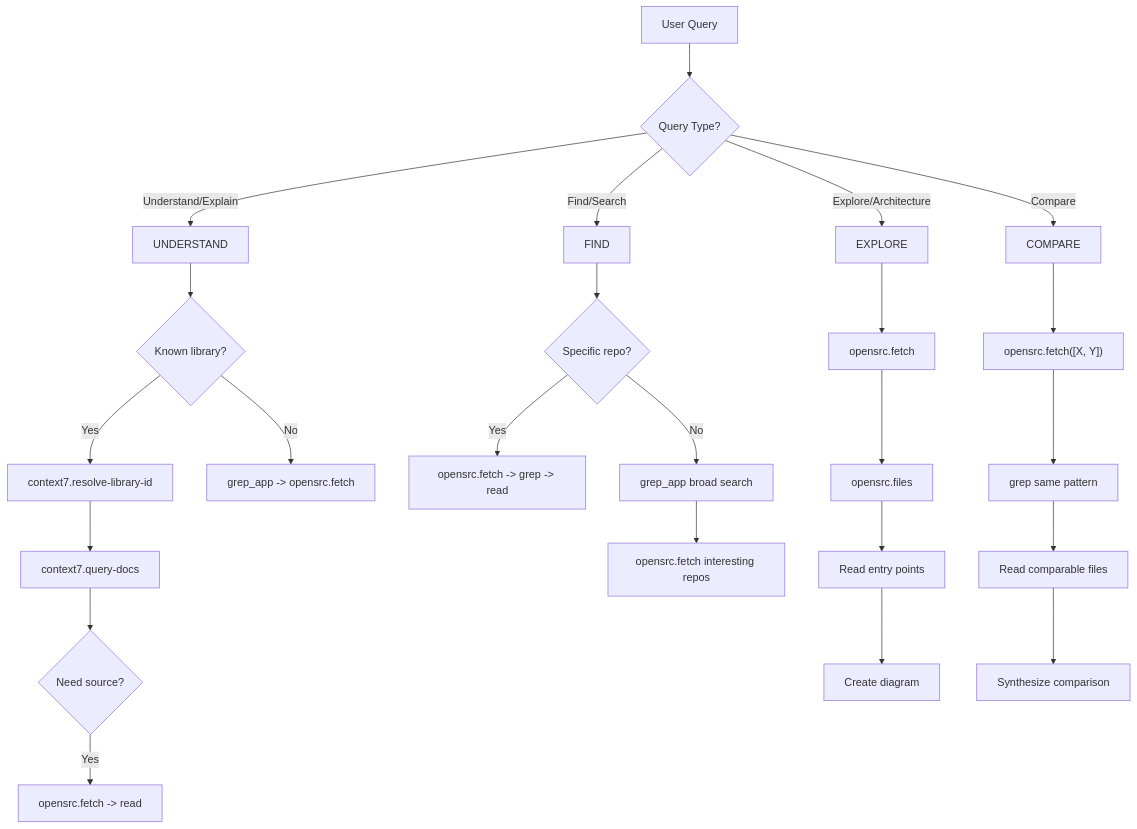
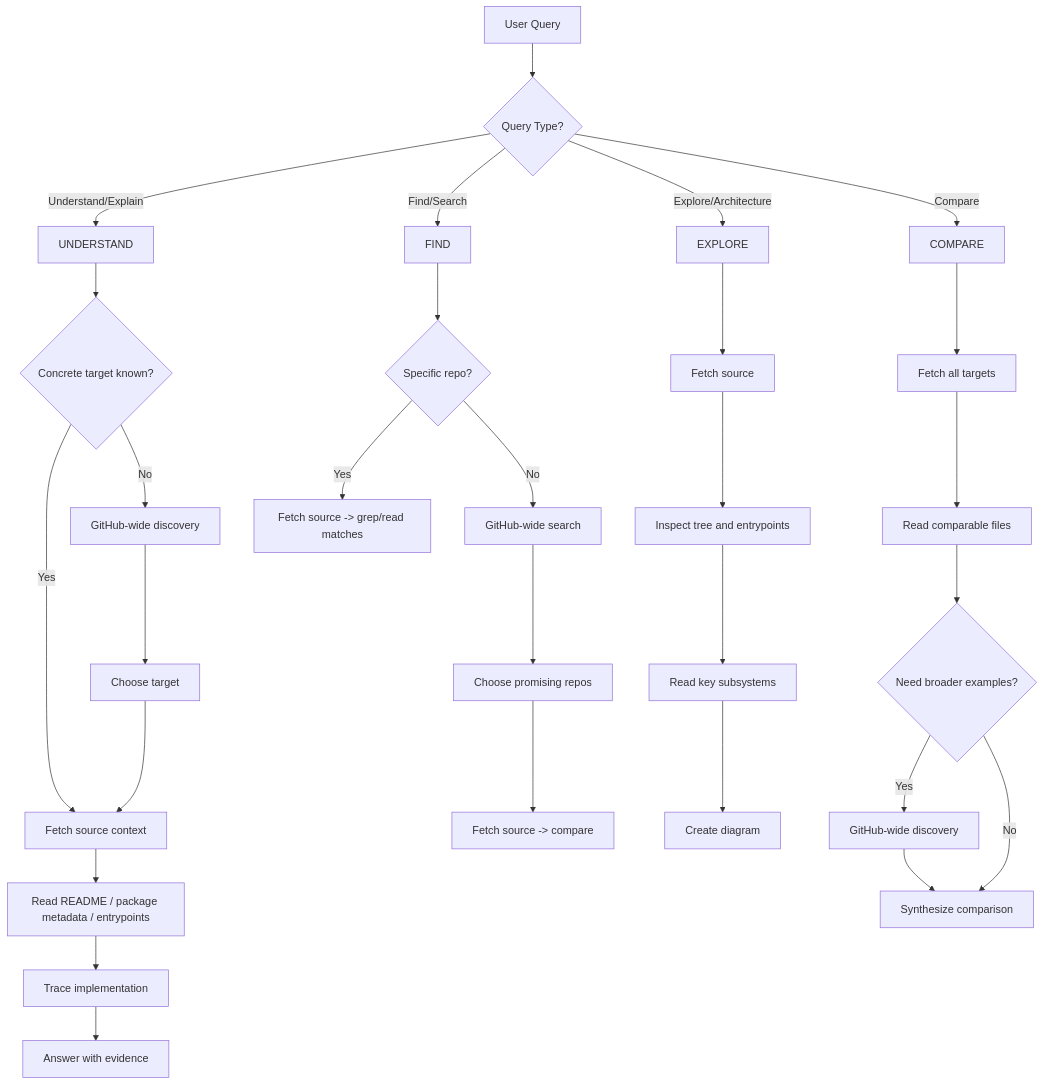
One commit to mukealicious/dotfiles changed the diagram in ai/skills/librarian/references/tool-routing.md. Above: the diagram before and after it, drawn with Mermaid. The commit also changed other lines of this file and 6 other files, not shown here.

````diff
--- a/ai/skills/librarian/references/tool-routing.md
+++ b/ai/skills/librarian/references/tool-routing.md
@@ -5,30 +17,35 @@
 ```mermaid
 graph TD
     Q[User Query] --> T{Query Type?}
     T -->|Understand/Explain| U[UNDERSTAND]
     T -->|Find/Search| F[FIND]
     T -->|Explore/Architecture| E[EXPLORE]
     T -->|Compare| C[COMPARE]
 
-    U --> U1{Known library?}
-    U1 -->|Yes| U2[context7.resolve-library-id]
-    U2 --> U3[context7.query-docs]
-    U3 --> U4{Need source?}
-    U4 -->|Yes| U5[opensrc.fetch -> read]
-    U1 -->|No| U6[grep_app -> opensrc.fetch]
+    U --> U1{Concrete target known?}
+    U1 -->|Yes| U2[Fetch source context]
+    U2 --> U3[Read README / package metadata / entrypoints]
+    U3 --> U4[Trace implementation]
+    U4 --> U5[Answer with evidence]
+    U1 -->|No| U6[GitHub-wide discovery]
+    U6 --> U7[Choose target]
+    U7 --> U2
 
     F --> F1{Specific repo?}
-    F1 -->|Yes| F2[opensrc.fetch -> grep -> read]
-    F1 -->|No| F3[grep_app broad search]
-    F3 --> F4[opensrc.fetch interesting repos]
+    F1 -->|Yes| F2[Fetch source -> grep/read matches]
+    F1 -->|No| F3[GitHub-wide search]
+    F3 --> F4[Choose promising repos]
+    F4 --> F5[Fetch source -> compare]
 
-    E --> E1[opensrc.fetch]
-    E1 --> E2[opensrc.files]
-    E2 --> E3[Read entry points]
+    E --> E1[Fetch source]
+    E1 --> E2[Inspect tree and entrypoints]
+    E2 --> E3[Read key subsystems]
     E3 --> E4[Create diagram]
 
-    C --> C1["opensrc.fetch([X, Y])"]
-    C1 --> C2[grep same pattern]
-    C2 --> C3[Read comparable files]
-    C3 --> C4[Synthesize comparison]
+    C --> C1[Fetch all targets]
+    C1 --> C2[Read comparable files]
+    C2 --> C3{Need broader examples?}
+    C3 -->|Yes| C4[GitHub-wide discovery]
+    C3 -->|No| C5[Synthesize comparison]
+    C4 --> C5
 ```
````
